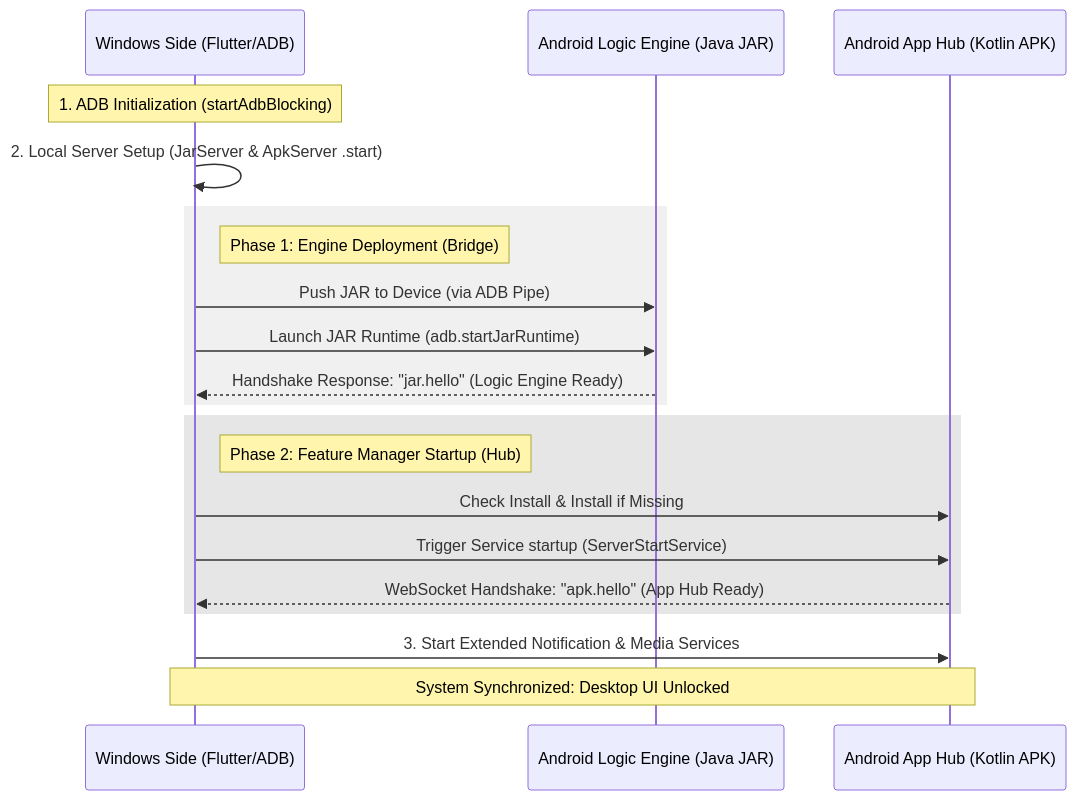
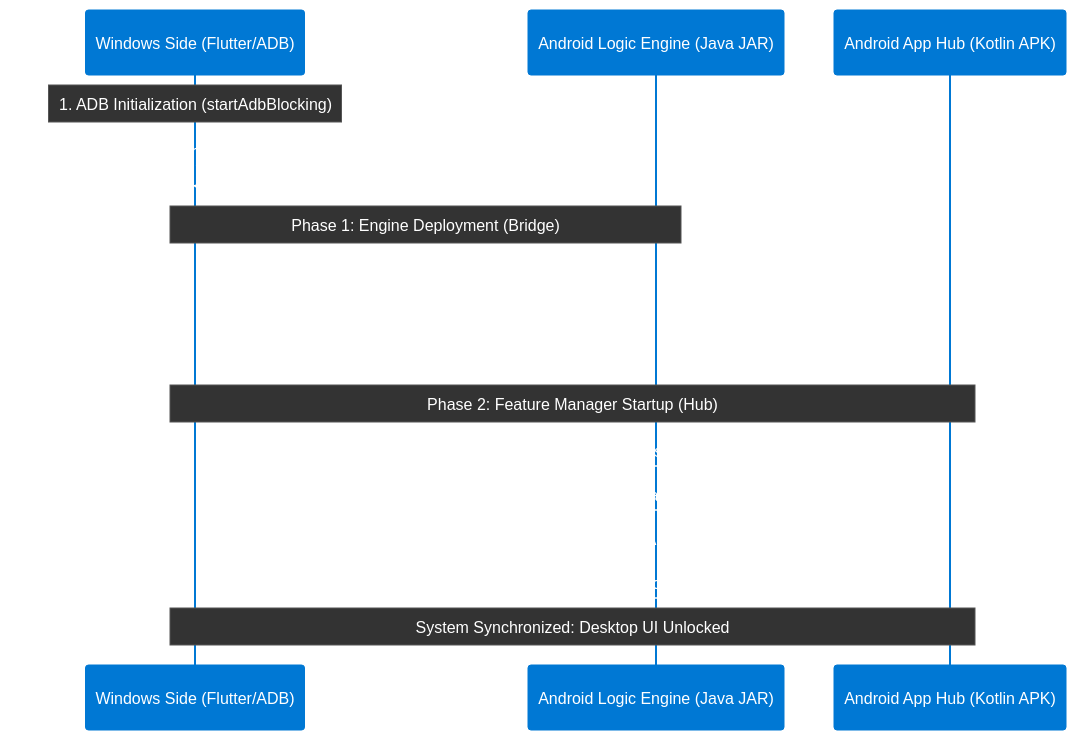
Before and after one commit to Shrey113/Android-Dex: the diagram in README.md, drawn with Mermaid.

````diff
--- a/README.md
+++ b/README.md
@@ -65,26 +65,23 @@
 ```mermaid
+%%{init: {'theme': 'base', 'themeVariables': { 'primaryColor': '#0078D4', 'primaryTextColor': '#fff', 'primaryBorderColor': '#0078D4', 'lineColor': '#888', 'secondaryColor': '#0061af', 'tertiaryColor': '#222', 'noteBkgColor': '#333', 'noteTextColor': '#fff', 'noteBorderColor': '#555' }}}%%
 sequenceDiagram
     participant PC as Windows Side (Flutter/ADB)
     participant JAR as Android Logic Engine (Java JAR)
     participant APK as Android App Hub (Kotlin APK)
 
     Note over PC: 1. ADB Initialization (startAdbBlocking)
     PC->>PC: 2. Local Server Setup (JarServer & ApkServer .start)
     
-    rect rgb(240, 240, 240)
-    Note right of PC: Phase 1: Engine Deployment (Bridge)
+    Note over PC,JAR: Phase 1: Engine Deployment (Bridge)
     PC->>JAR: Push JAR to Device (via ADB Pipe)
     PC->>JAR: Launch JAR Runtime (adb.startJarRuntime)
     JAR-->>PC: Handshake Response: "jar.hello" (Logic Engine Ready)
-    end
 
-    rect rgb(230, 230, 230)
-    Note right of PC: Phase 2: Feature Manager Startup (Hub)
+    Note over PC,APK: Phase 2: Feature Manager Startup (Hub)
     PC->>APK: Check Install & Install if Missing
     PC->>APK: Trigger Service startup (ServerStartService)
     APK-->>PC: WebSocket Handshake: "apk.hello" (App Hub Ready)
-    end
 
     PC->>APK: 3. Start Extended Notification & Media Services
     Note over PC,APK: System Synchronized: Desktop UI Unlocked
 ```
````
